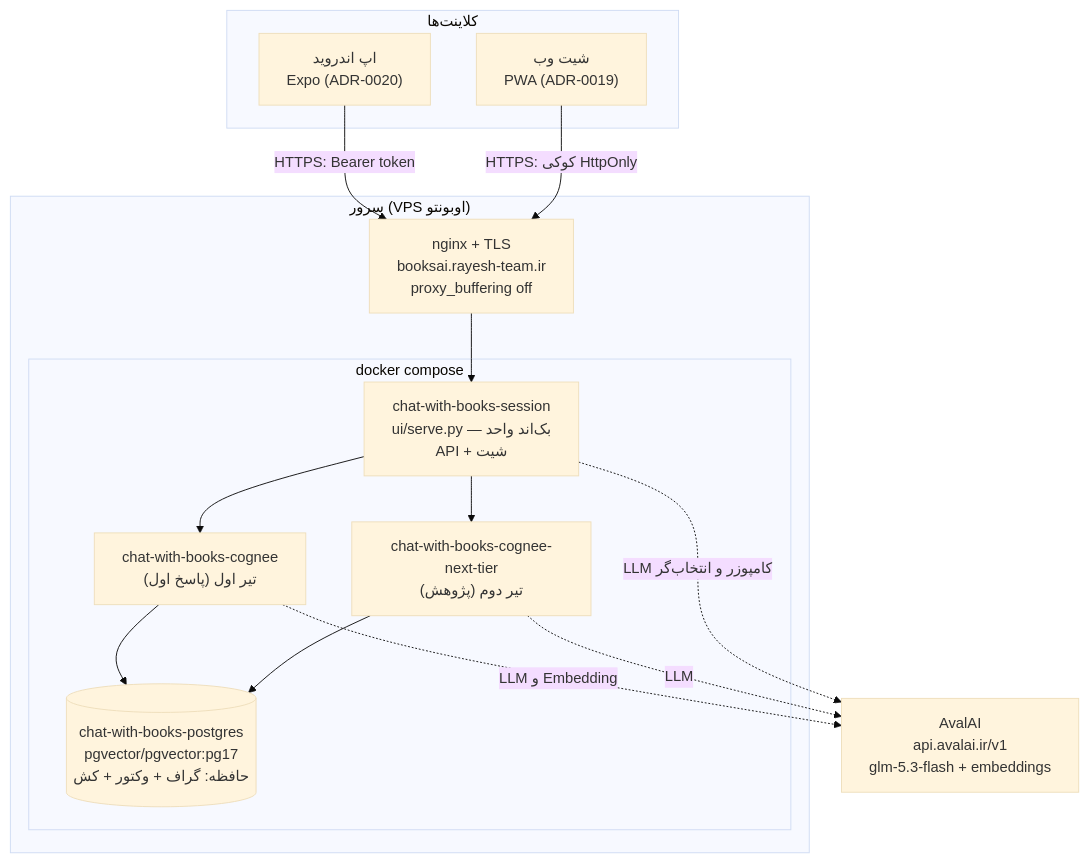
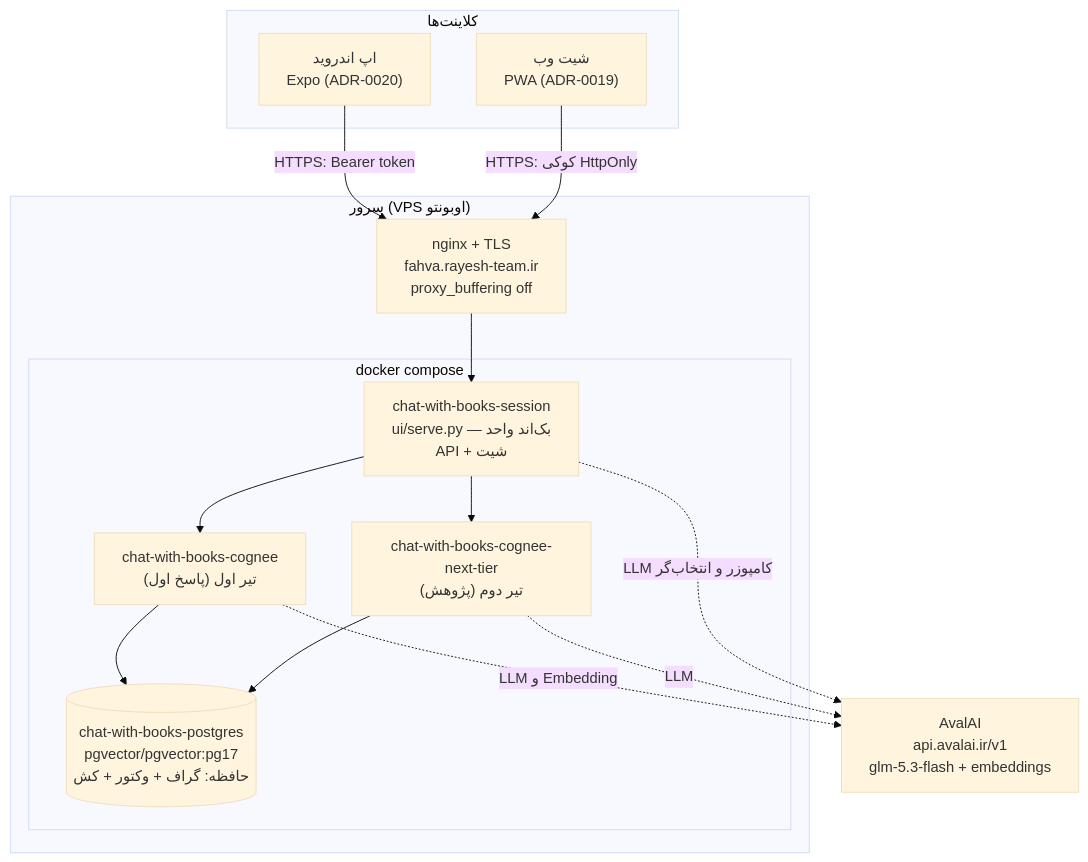
One commit to Rayesh-company/fast-book-learning changed the first of 10 diagrams in docs/zero-to-hundred.md. Above: the diagram before and after it, drawn with Mermaid (base theme). The commit also changed other lines of this file and 19 other files, not shown here.

````diff
--- a/docs/zero-to-hundred.md
+++ b/docs/zero-to-hundred.md
@@ -45,29 +45,29 @@
 ```mermaid
 flowchart TB
     subgraph CLIENTS["کلاینت‌ها"]
         W["شیت وب<br/>PWA (ADR-0019)"]
         M["اپ اندروید<br/>Expo (ADR-0020)"]
     end
 
     subgraph VPS["سرور (VPS اوبونتو)"]
-        NG["nginx + TLS<br/>booksai.rayesh-team.ir<br/>proxy_buffering off"]
+        NG["nginx + TLS<br/>fahva.rayesh-team.ir<br/>proxy_buffering off"]
         subgraph COMPOSE["docker compose"]
             S["chat-with-books-session<br/>ui/serve.py — بک‌اند واحد<br/>API + شیت"]
             C1["chat-with-books-cognee<br/>تیر اول (پاسخ اول)"]
             C2["chat-with-books-cognee-next-tier<br/>تیر دوم (پژوهش)"]
             PG[("chat-with-books-postgres<br/>pgvector/pgvector:pg17<br/>حافظه: گراف + وکتور + کش")]
         end
         NG --> S
         S --> C1
         S --> C2
         C1 --> PG
         C2 --> PG
     end
 
     AV["AvalAI<br/>api.avalai.ir/v1<br/>glm-5.3-flash + embeddings"]
     C1 -. LLM و Embedding .-> AV
     C2 -. LLM .-> AV
     S -. LLM کامپوزر و انتخاب‌گر .-> AV
     M -- "HTTPS: Bearer token" --> NG
     W -- "HTTPS: کوکی HttpOnly" --> NG
 ```
````
